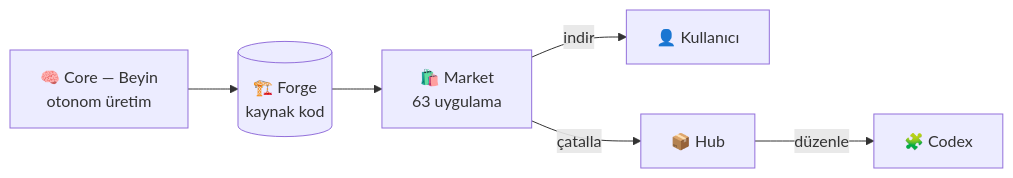
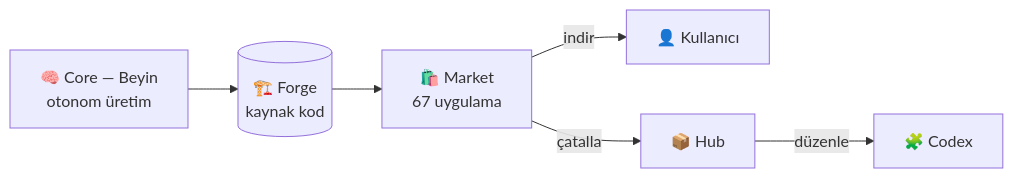
The diagram in README.md (numexai/numex-market), drawn with Mermaid before and after one commit. The commit also changed other lines of this file and 96 other files, not shown here.

````diff
--- a/README.md
+++ b/README.md
@@ -85,8 +85,8 @@
 ```mermaid
 flowchart LR
   CORE[🧠 Core — Beyin<br/>otonom üretim] --> FORGE[(🏗️ Forge<br/>kaynak kod)]
-  FORGE --> MARKET[🛍️ Market<br/>63 uygulama]
+  FORGE --> MARKET[🛍️ Market<br/>67 uygulama]
   MARKET -->|indir| USER[👤 Kullanıcı]
   MARKET -->|çatalla| HUB[📦 Hub]
   HUB -->|düzenle| CODEX[🧩 Codex]
 ```
````
